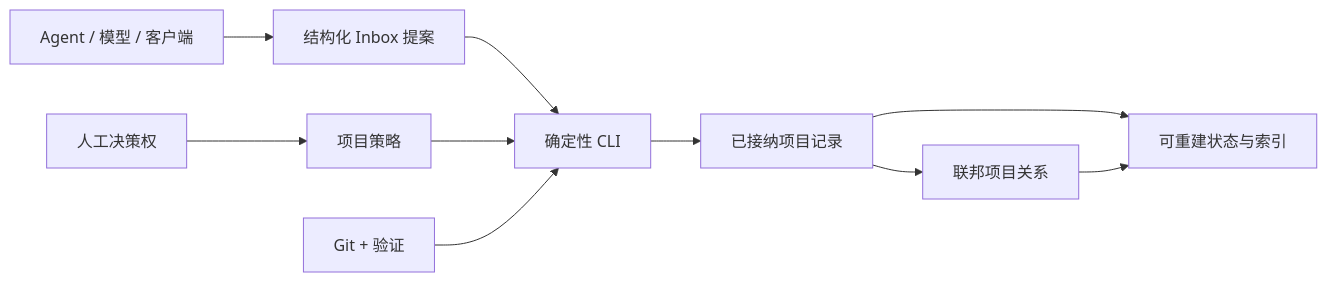
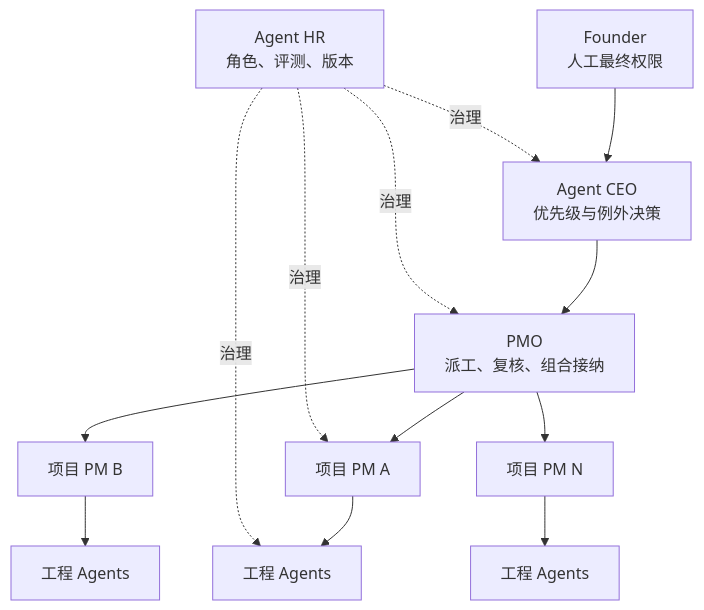
One commit to Jinchengawu/Agent-Project-OS changed the diagram in README.zh-CN.md. Above: the diagram before and after it, drawn with Mermaid. The commit also changed other lines of this file and 120 other files, not shown here.

````diff
--- a/README.zh-CN.md
+++ b/README.zh-CN.md
@@ -28,12 +28,15 @@
 ```mermaid
-flowchart LR
-  H["人工决策权"] --> P["项目策略"]
-  A["Agent / 模型 / 客户端"] --> I["结构化 Inbox 提案"]
-  I --> C["确定性 CLI"]
-  P --> C
-  G["Git + 验证"] --> C
-  C --> R["已接纳项目记录"]
-  R --> F["联邦项目关系"]
-  R --> X["可重建状态与索引"]
-  F --> X
+flowchart TB
+  F["Founder<br/>人工最终权限"] --> CEO["Agent CEO<br/>优先级与例外决策"]
+  CEO --> PMO["PMO<br/>派工、复核、组合接纳"]
+  PMO --> PM1["项目 PM A"]
+  PMO --> PM2["项目 PM B"]
+  PMO --> PMN["项目 PM N"]
+  PM1 --> E1["工程 Agents"]
+  PM2 --> E2["工程 Agents"]
+  PMN --> EN["工程 Agents"]
+  HR["Agent HR<br/>角色、评测、版本"] -. 治理 .-> CEO
+  HR -. 治理 .-> PMO
+  HR -. 治理 .-> PM1
+  HR -. 治理 .-> E1
 ```
````
